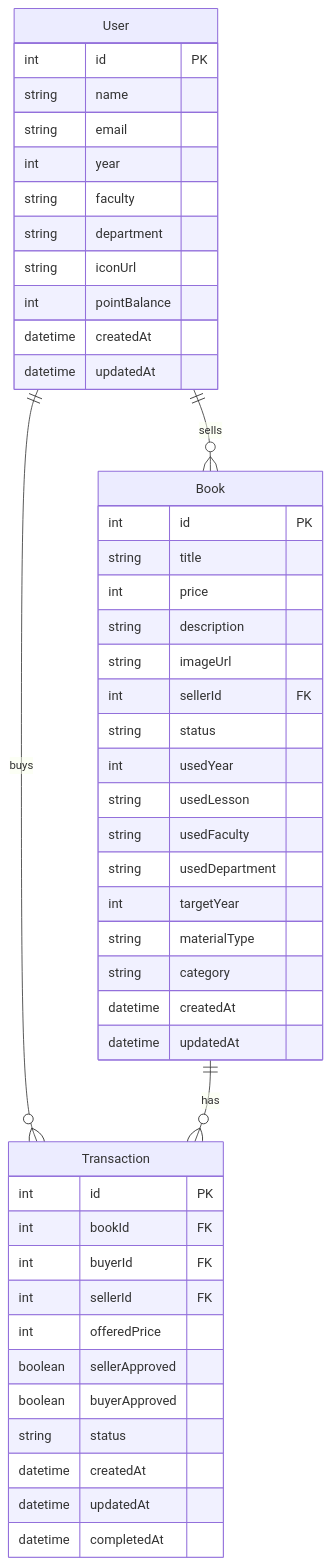
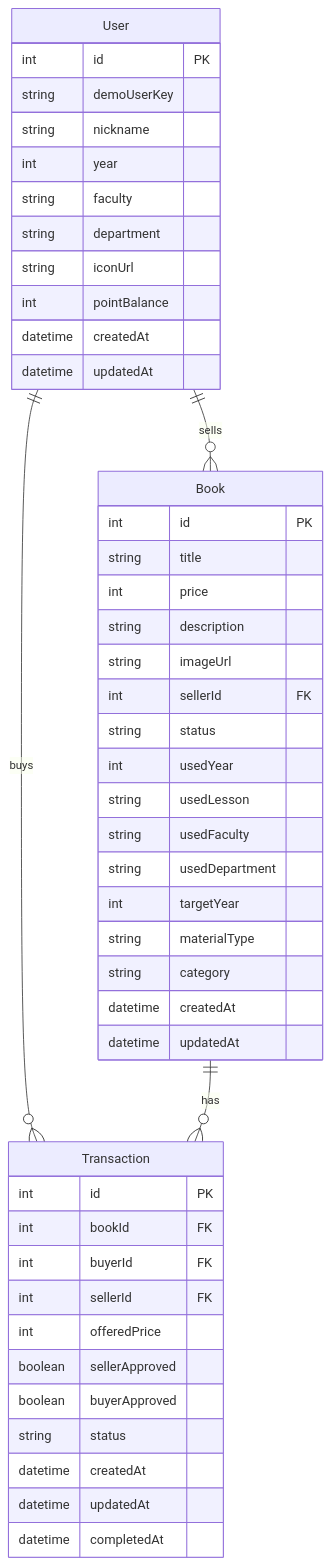
One commit to Shundai0110/webproFinalApp changed the fourth of 6 diagrams in README.md. Above: the diagram before and after it, drawn with Mermaid. The commit also changed other lines of this file and 1 other file, not shown here.

````diff
--- a/README.md
+++ b/README.md
@@ -769,52 +797,52 @@
 ```mermaid
 erDiagram
     User ||--o{ Book : sells
     User ||--o{ Transaction : buys
     Book ||--o{ Transaction : has
 
     User {
         int id PK
-        string name
-        string email
+        string demoUserKey
+        string nickname
         int year
         string faculty
         string department
         string iconUrl
         int pointBalance
         datetime createdAt
         datetime updatedAt
     }
 
     Book {
         int id PK
         string title
         int price
         string description
         string imageUrl
         int sellerId FK
         string status
         int usedYear
         string usedLesson
         string usedFaculty
         string usedDepartment
         int targetYear
         string materialType
         string category
         datetime createdAt
         datetime updatedAt
     }
 
     Transaction {
         int id PK
         int bookId FK
         int buyerId FK
         int sellerId FK
         int offeredPrice
         boolean sellerApproved
         boolean buyerApproved
         string status
         datetime createdAt
         datetime updatedAt
         datetime completedAt
     }
 ```
````
